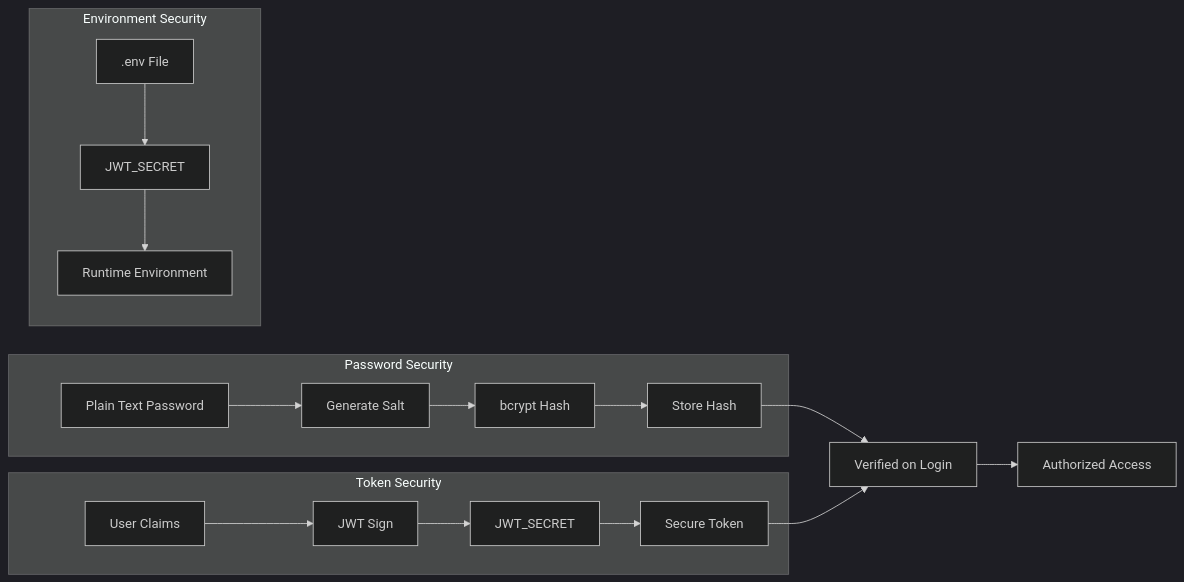
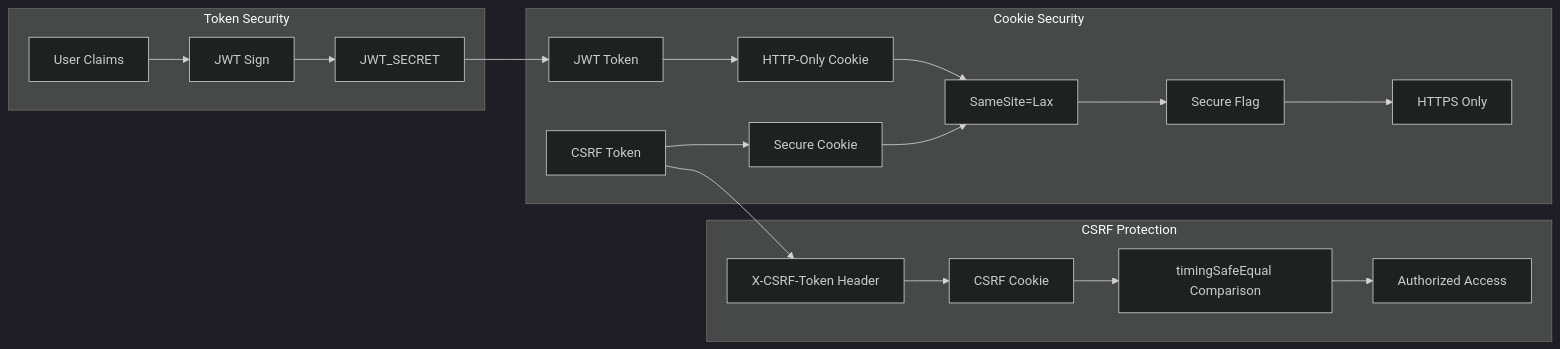
One commit to RunTimeAdmin/tri-ai changed the eighth of 10 diagrams in .qoder/repowiki/en/content/Frontend Application/Authentication System.md. Above: the diagram before and after it, drawn with Mermaid (dark theme). The commit also changed other lines of this file and 40 other files, not shown here.

````diff
--- a/.qoder/repowiki/en/content/Frontend Application/Authentication System.md
+++ b/.qoder/repowiki/en/content/Frontend Application/Authentication System.md
@@ -320,20 +346,22 @@
 ```mermaid
 graph LR
-subgraph "Password Security"
-Input[Plain Text Password] --> Salt[Generate Salt]
-Salt --> Hash[bcrypt Hash]
-Hash --> Store[Store Hash]
+subgraph "Cookie Security"
+Token[JWT Token] --> HTTPOnly[HTTP-Only Cookie]
+CSRF[CSRF Token] --> SecureCookie[Secure Cookie]
+HTTPOnly --> SameSite[SameSite=Lax]
+SecureCookie --> SameSite
+SameSite --> SecureFlag[Secure Flag]
+SecureFlag --> HTTPSOnly[HTTPS Only]
 end
 subgraph "Token Security"
 Payload[User Claims] --> Sign[JWT Sign]
 Sign --> Secret[JWT_SECRET]
-Secret --> Token[Secure Token]
+Secret --> Token
 end
-subgraph "Environment Security"
-Env[.env File] --> SecretKey[JWT_SECRET]
-SecretKey --> Runtime[Runtime Environment]
+subgraph "CSRF Protection"
+CSRF --> Header[X-CSRF-Token Header]
+Header --> Cookie[CSRF Cookie]
+Cookie --> TimingSafe[timingSafeEqual Comparison]
+TimingSafe --> Access[Authorized Access]
 end
-Store --> Verified[Verified on Login]
-Token --> Verified
-Verified --> Access[Authorized Access]
 ```
````
